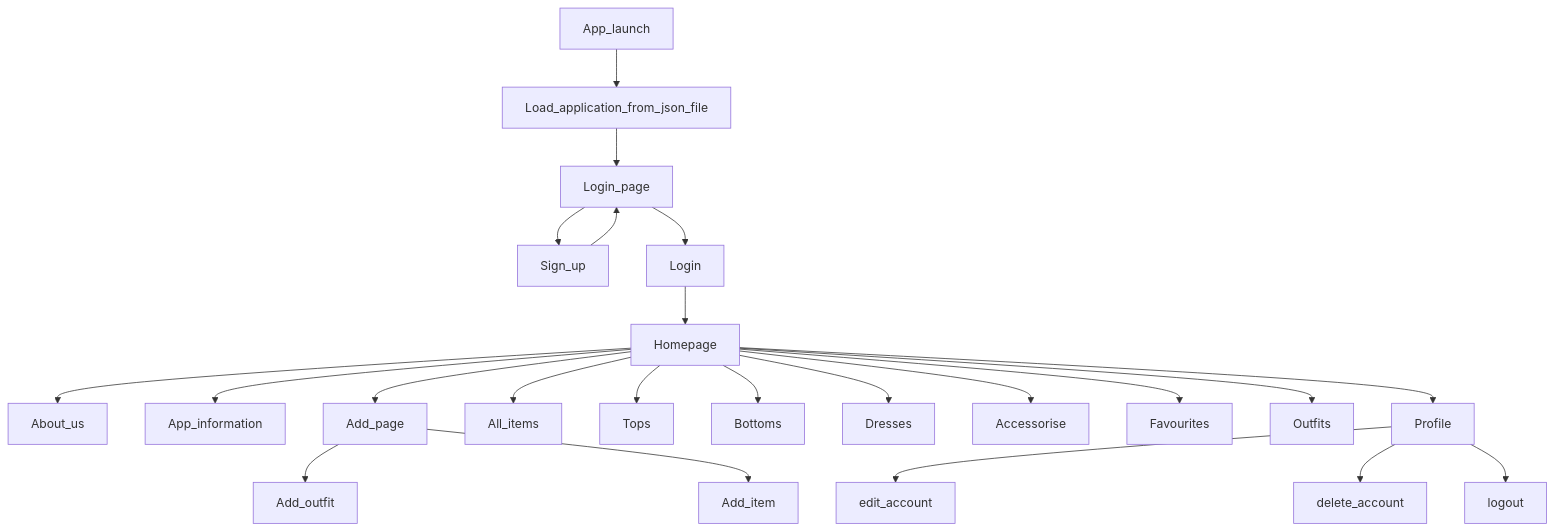
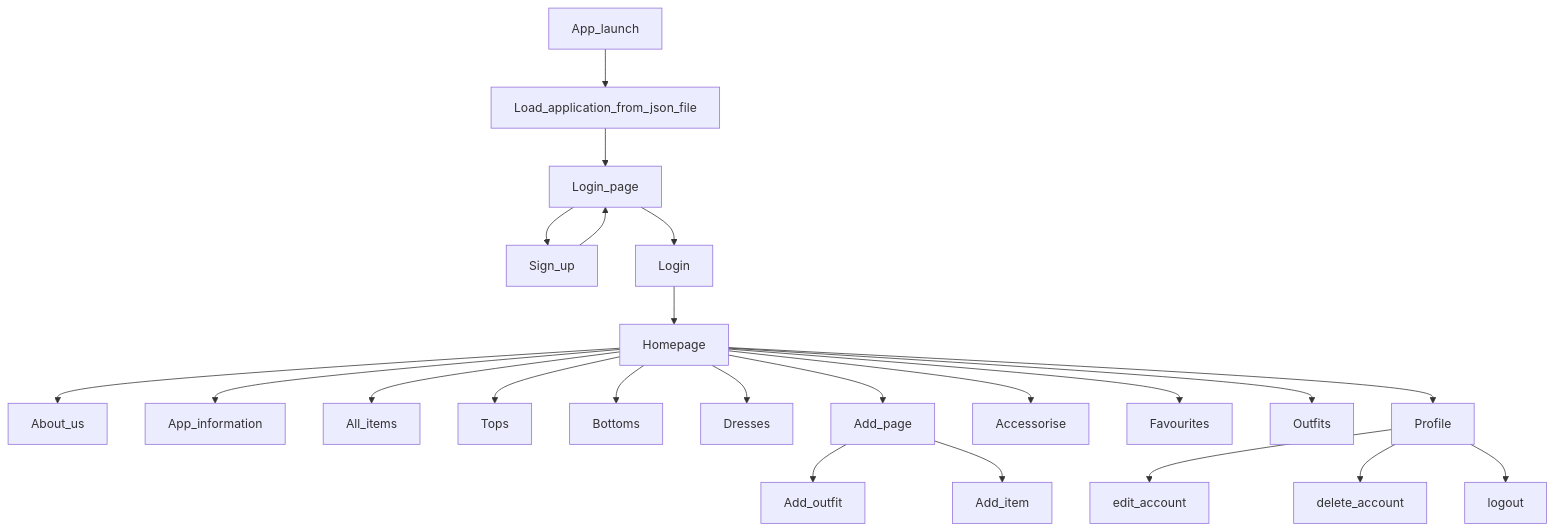
Before and after one commit to IreneAvezzu/test_: the diagram in readme.md, drawn with Mermaid. The commit also changed other lines of this file, not shown here.

````diff
--- a/readme.md
+++ b/readme.md
@@ -5,26 +5,26 @@
 ```mermaid
 graph TD;
   App_launch-->Load_application_from_json_file;
   Load_application_from_json_file-->Login_page;
   Login_page-->Sign_up;
   Sign_up-->Login_page;
   Login_page-->Login;
   Login-->Homepage;
   Homepage-->About_us;
   Homepage-->App_information;
-  Homepage-->Add_page;
   Homepage-->All_items;
   Homepage-->Tops;
   Homepage-->Bottoms;
   Homepage-->Dresses;
+  Homepage-->Add_page;
   Homepage-->Accessorise;
   Homepage-->Favourites;
   Homepage-->Outfits;
   Homepage-->Profile;
   
   Add_page-->Add_outfit;
   Add_page-->Add_item;
   Profile-->edit_account;
   Profile-->delete_account;
   Profile-->logout;
 ```
````
